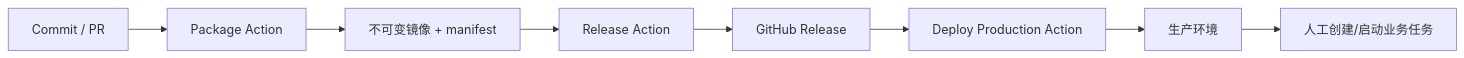
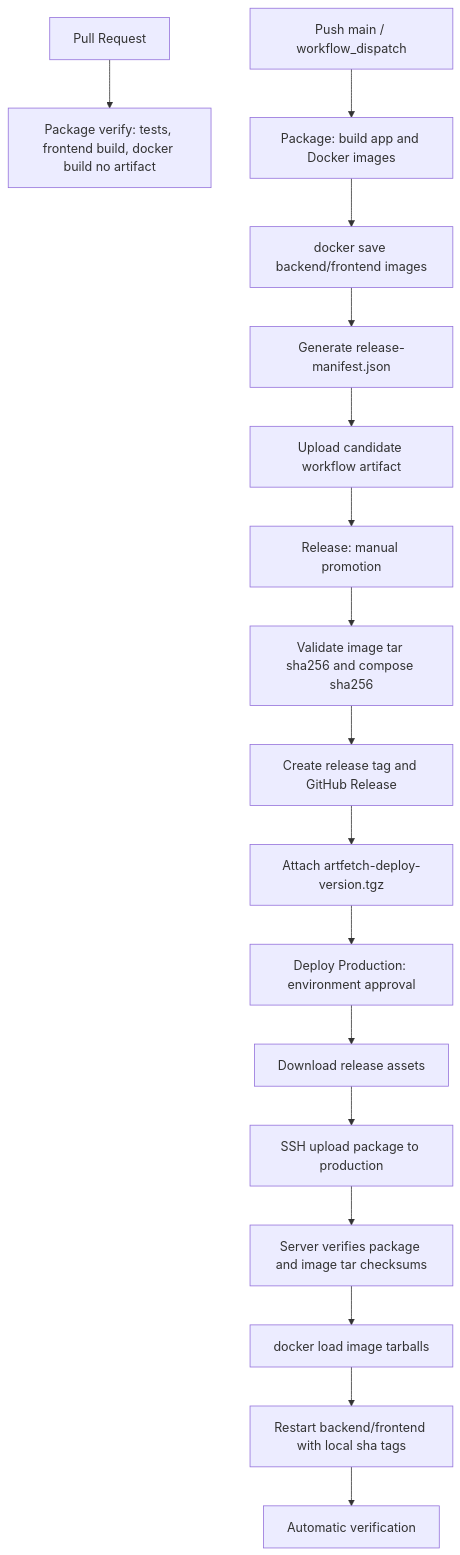
One commit to xiaoyi001yeye/ArtFetch changed the diagram in docs/design-github-actions-release-deployment.md. Above: the diagram before and after it, drawn with Mermaid. The commit also changed other lines of this file and 6 other files, not shown here.

Commit message:
Package release images as GitHub assets

````diff
--- a/docs/design-github-actions-release-deployment.md
+++ b/docs/design-github-actions-release-deployment.md
@@ -32,10 +33,19 @@
 ```mermaid
-flowchart LR
-    A["Commit / PR"] --> B["Package Action"]
-    B --> C["不可变镜像 + manifest"]
-    C --> D["Release Action"]
-    D --> E["GitHub Release"]
-    E --> F["Deploy Production Action"]
-    F --> G["生产环境"]
-    G --> H["人工创建/启动业务任务"]
+flowchart TD
+    A["Pull Request"] --> B["Package verify: tests, frontend build, docker build no artifact"]
+    C["Push main / workflow_dispatch"] --> D["Package: build app and Docker images"]
+    D --> E["docker save backend/frontend images"]
+    E --> F["Generate release-manifest.json"]
+    F --> G["Upload candidate workflow artifact"]
+    G --> H["Release: manual promotion"]
+    H --> I["Validate image tar sha256 and compose sha256"]
+    I --> J["Create release tag and GitHub Release"]
+    J --> K["Attach artfetch-deploy-version.tgz"]
+    K --> L["Deploy Production: environment approval"]
+    L --> M["Download release assets"]
+    M --> N["SSH upload package to production"]
+    N --> O["Server verifies package and image tar checksums"]
+    O --> P["docker load image tarballs"]
+    P --> Q["Restart backend/frontend with local sha tags"]
+    Q --> R["Automatic verification"]
 ```
````
